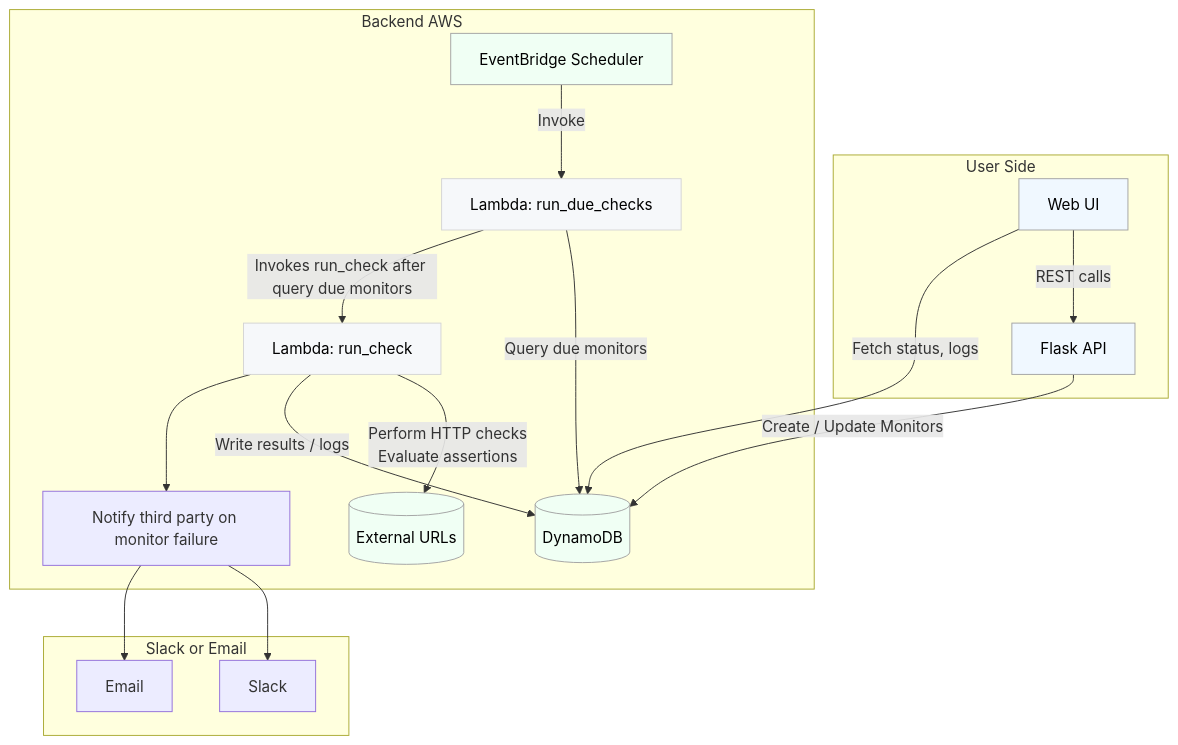
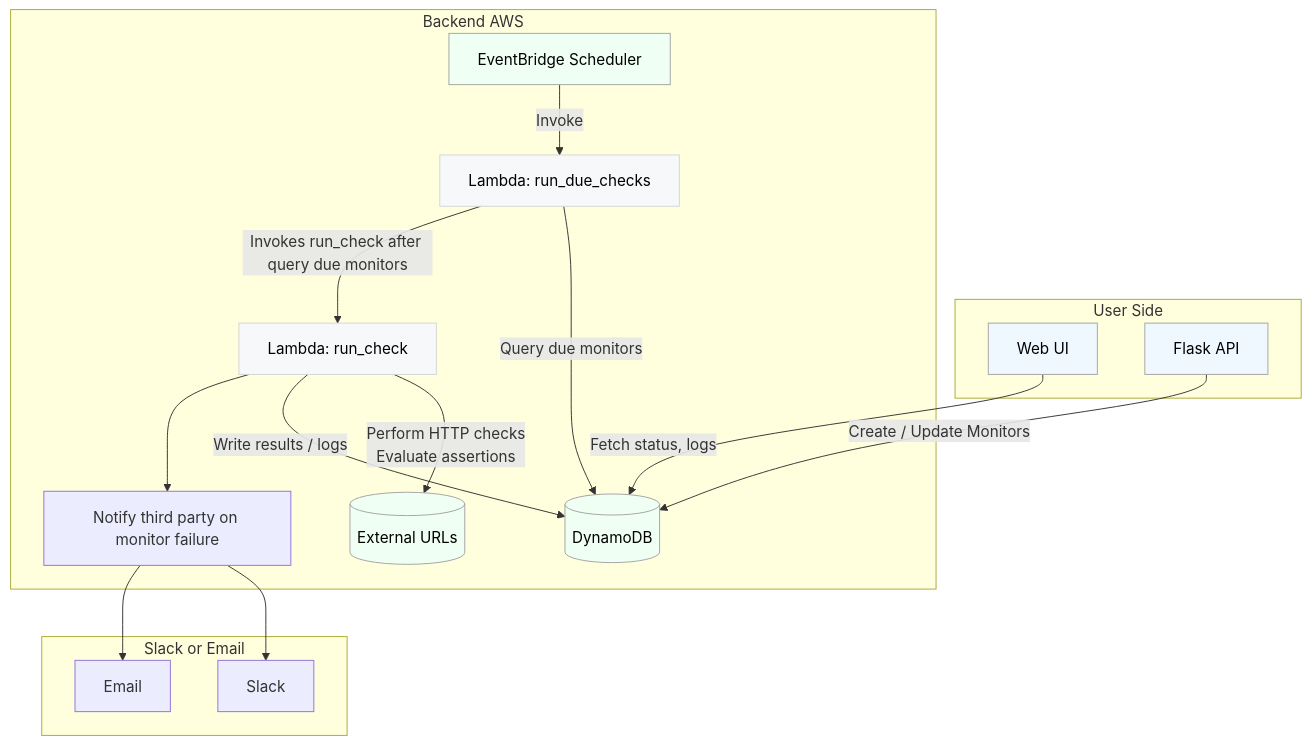
Before and after one commit to calebsyring/critic: the diagram in documentation/architecture.md, drawn with Mermaid.

Commit message:
web ui not shown calling api

````diff
--- a/documentation/architecture.md
+++ b/documentation/architecture.md
@@ -65,34 +65,35 @@
 ```mermaid
 flowchart TD
 
 subgraph UserSide[User Side]
-    UI[Web UI] -->|REST calls| API[Flask API]
+    UI[Web UI]
+    API[Flask API]
 end
 
 subgraph AWS[Backend AWS]
     API -->|Create / Update Monitors| DDB[(DynamoDB)]
     EB[EventBridge Scheduler] -->|Invoke| RunDueChecks[Lambda: run_due_checks]
     RunDueChecks -->|Query due monitors| DDB
     RunDueChecks -->|Invokes run_check after query due monitors| RunCheck[Lambda: run_check]
     RunCheck -->|Perform HTTP checks<br/>Evaluate assertions| Target[(External URLs)]
     RunCheck -->|Write results / logs| DDB
     RunCheck --> SendAlerts[Notify third party on monitor failure]
 end
 
 subgraph ThirdParty[Slack or Email]
 
         SendAlerts --> Slack
         SendAlerts --> Email
 end
 
 UI -->|Fetch status, logs| DDB
 
 classDef lambda fill:#f6f8fa,stroke:#d4d4d4,color:#000,stroke-width:1px;
 classDef aws fill:#f0fff4,stroke:#a3a3a3,color:#000,stroke-width:1px;
 classDef user fill:#f0f8ff,stroke:#a3a3a3,color:#000,stroke-width:1px;
 
 class RunDueChecks,RunCheck lambda;
 class EB,DDB,Target aws;
 class UI,API user;
 
 ```
````
